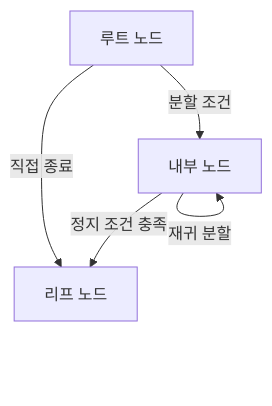
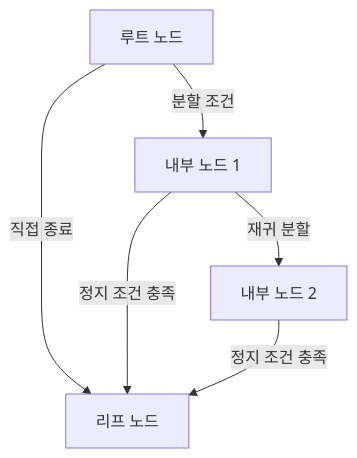
Before and after one commit to agnusdei1207/knowledge-base: the first of 2 diagrams in src/content/docs/notes/01-basic-theory/049_decision_tree.md, drawn with Mermaid. The commit also changed other lines of this file and 20 other files, not shown here.

````diff
--- a/src/content/docs/notes/01-basic-theory/049_decision_tree.md
+++ b/src/content/docs/notes/01-basic-theory/049_decision_tree.md
@@ -56,10 +56,12 @@
 ```mermaid
 flowchart TB
     R["루트 노드"]
-    N["내부 노드"]
+    N1["내부 노드 1"]
+    N2["내부 노드 2"]
     L["리프 노드"]
-    R -->|분할 조건| N
+    R -->|분할 조건| N1
     R -->|직접 종료| L
-    N -->|재귀 분할| N
-    N -->|정지 조건 충족| L
+    N1 -->|재귀 분할| N2
+    N1 -->|정지 조건 충족| L
+    N2 -->|정지 조건 충족| L
 ```
````
